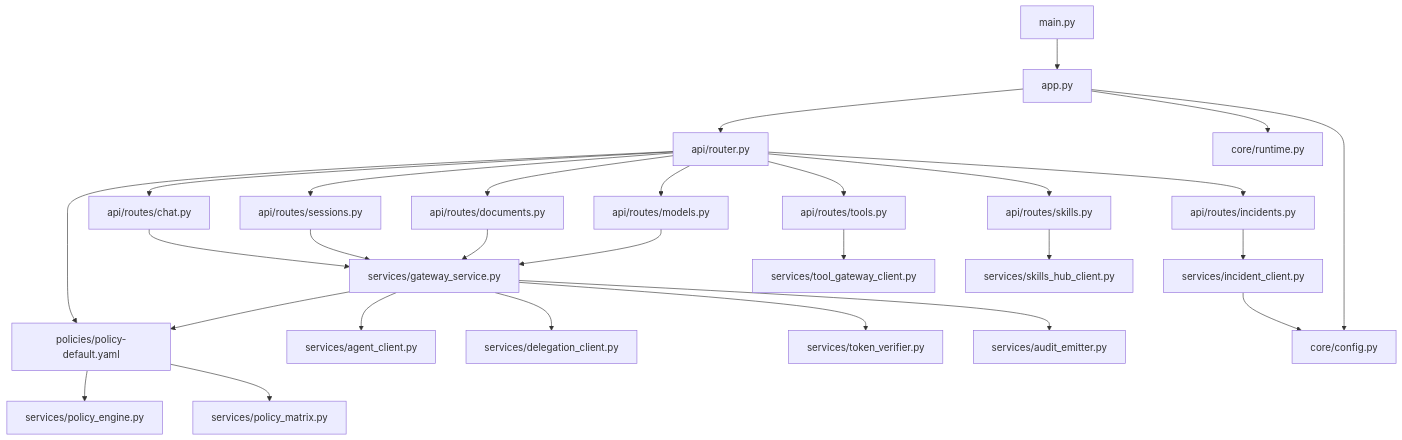
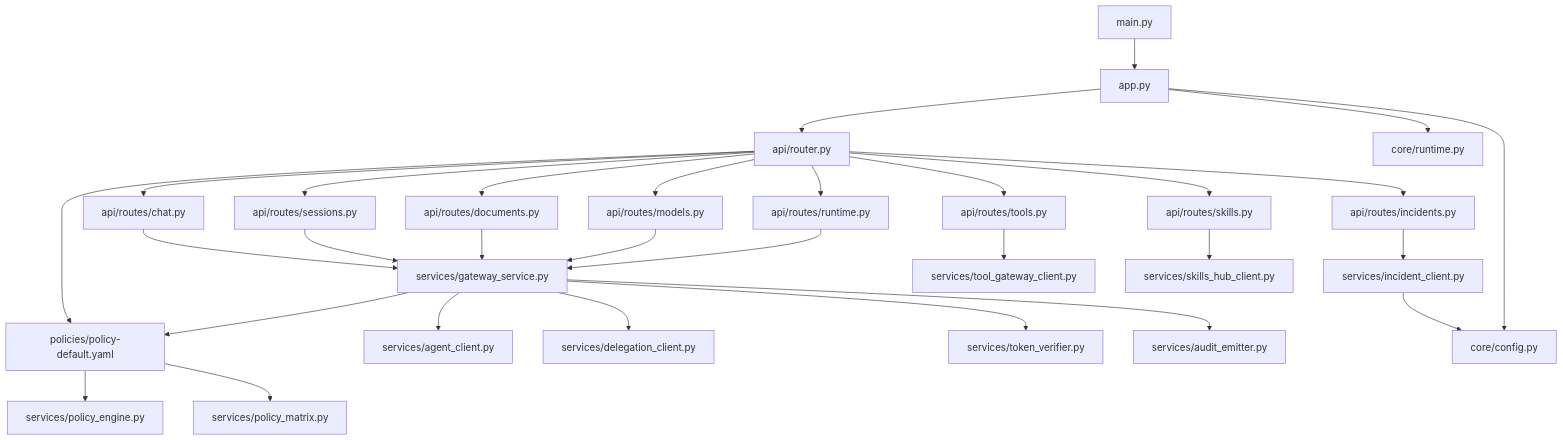
Diagram 16 of 16 in .qoder/repowiki/en/content/Architecture Documentation/Platform Gateway Service.md (metasync/luban-aiops), drawn with Mermaid before and after one commit. The commit also changed other lines of this file and 5 other files, not shown here.

````diff
--- a/.qoder/repowiki/en/content/Architecture Documentation/Platform Gateway Service.md
+++ b/.qoder/repowiki/en/content/Architecture Documentation/Platform Gateway Service.md
@@ -1008,30 +1072,32 @@
 ```mermaid
 graph TB
 Main["main.py"] --> App["app.py"]
 App --> Router["api/router.py"]
 Router --> Chat["api/routes/chat.py"]
 Router --> Sessions["api/routes/sessions.py"]
 Router --> Documents["api/routes/documents.py"]
 Router --> Incidents["api/routes/incidents.py"]
 Router --> Policy["api/routes/policy.py"]
 Router --> Tools["api/routes/tools.py"]
 Router --> Skills["api/routes/skills.py"]
 Router --> Models["api/routes/models.py"]
+Router --> Runtime["api/routes/runtime.py"]
 Chat --> GwSvc["services/gateway_service.py"]
 Sessions --> GwSvc
 Documents --> GwSvc
 Incidents --> IncClient["services/incident_client.py"]
 Policy --> PolEngine["services/policy_engine.py"]
 Policy --> PolMatrix["services/policy_matrix.py"]
 Tools --> TgClient["services/tool_gateway_client.py"]
 Skills --> ShClient["services/skills_hub_client.py"]
 Models --> GwSvc
+Runtime --> GwSvc
 GwSvc --> Agent["services/agent_client.py"]
 GwSvc --> Deleg["services/delegation_client.py"]
 GwSvc --> Verify["services/token_verifier.py"]
 GwSvc --> Policy["policies/policy-default.yaml"]
 GwSvc --> Audit["services/audit_emitter.py"]
 IncClient --> Config["core/config.py"]
 App --> Config
-App --> Runtime["core/runtime.py"]
+App --> RuntimeSettings["core/runtime.py"]
 ```
````
